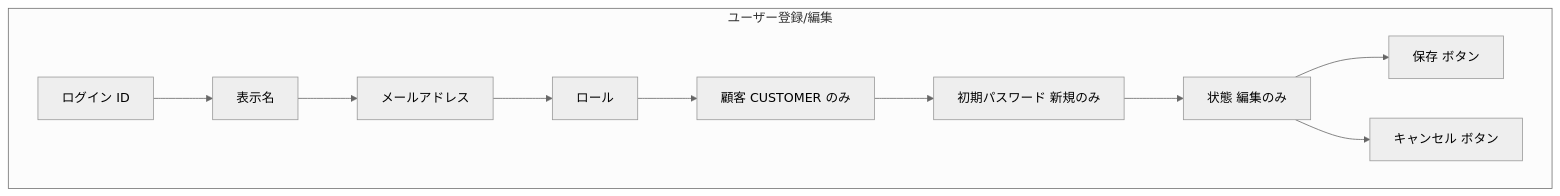
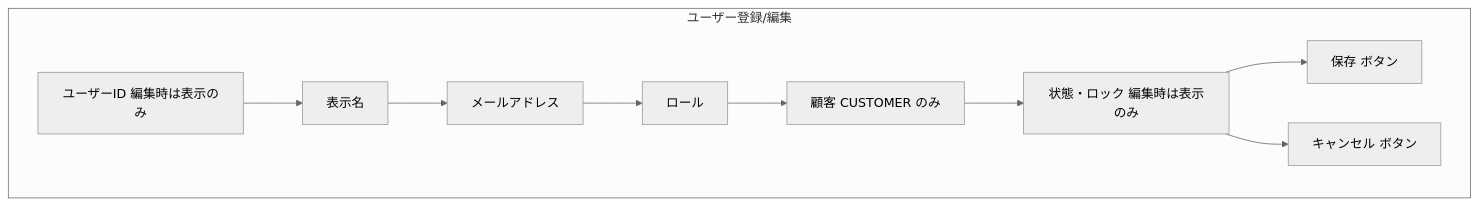
The fifth of 8 diagrams in docs/基本設計/業務設計/user/spec-user-screen-ui.md (quyangboxjob/DDMSAA), drawn with Mermaid (neutral theme) before and after one commit. The commit also changed other lines of this file and 48 other files, not shown here.

````diff
--- a/docs/基本設計/業務設計/user/spec-user-screen-ui.md
+++ b/docs/基本設計/業務設計/user/spec-user-screen-ui.md
@@ -155,16 +163,15 @@
 ```mermaid
 flowchart TB
   subgraph P[ユーザー登録/編集]
-    F1[ログイン ID]
+    F1[ユーザーID 編集時は表示のみ]
     F2[表示名]
     F3[メールアドレス]
     F4[ロール]
     F5[顧客 CUSTOMER のみ]
-    F6[初期パスワード 新規のみ]
-    F7[状態 編集のみ]
+    F6[状態・ロック 編集時は表示のみ]
     B1[保存 ボタン]
     B2[キャンセル ボタン]
   end
-  F1 --> F2 --> F3 --> F4 --> F5 --> F6 --> F7 --> B1
-  F7 --> B2
+  F1 --> F2 --> F3 --> F4 --> F5 --> F6 --> B1
+  F6 --> B2
 ```
````
